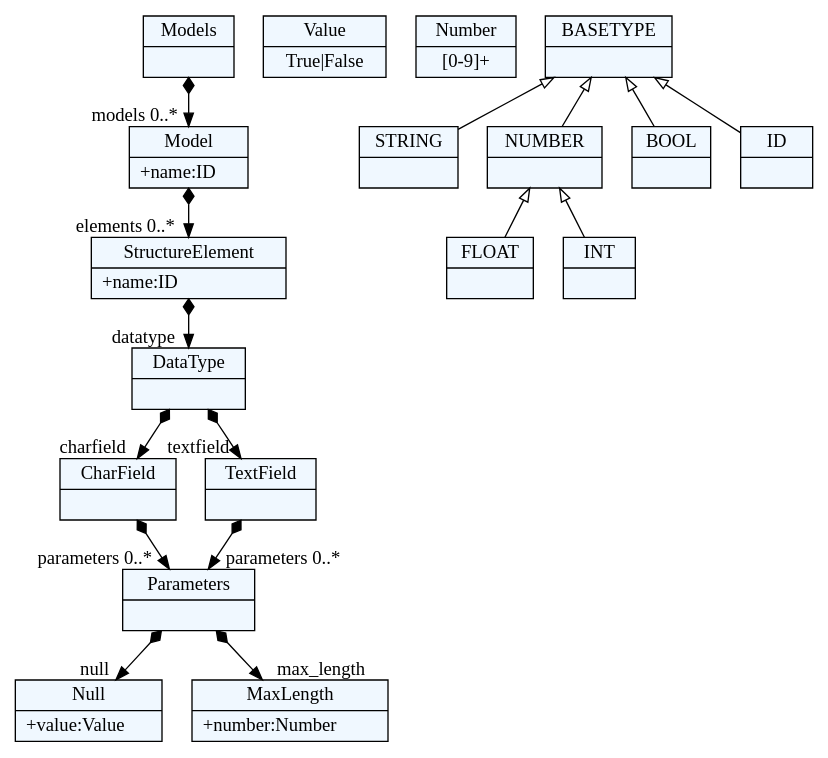
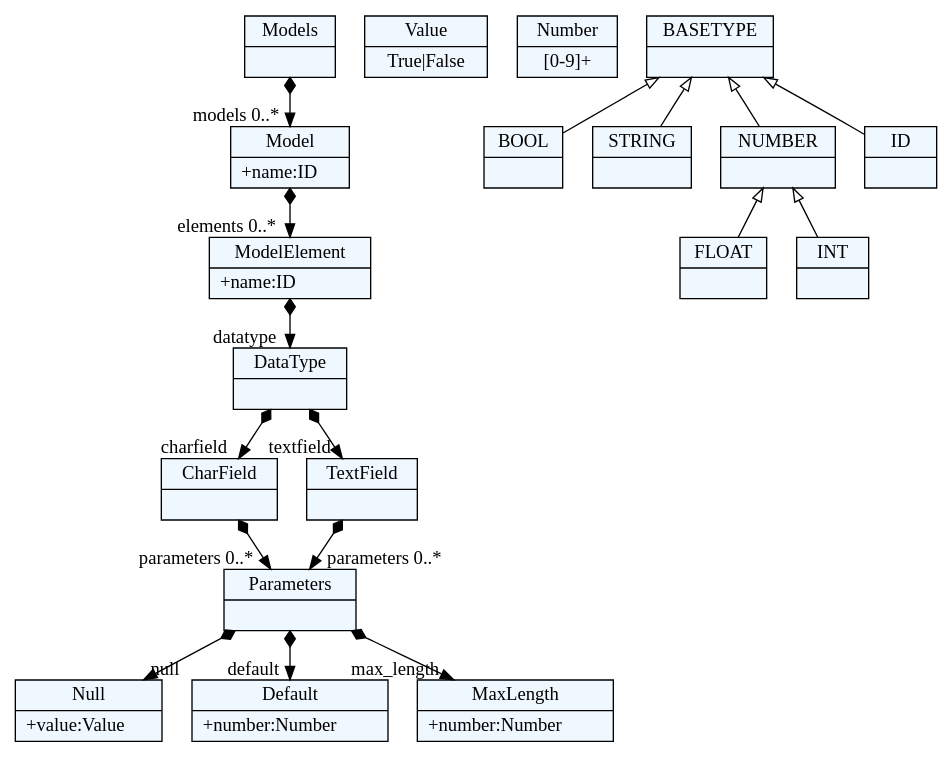
One commit to Booorkoo/JSD changed the diagram in grammer.dot. Above: the diagram before and after it, drawn with Graphviz. The commit also changed 5 other files, not shown here.

```diff
--- a/grammer.dot
+++ b/grammer.dot
@@ -1,66 +1,69 @@
 
     digraph xtext {
     fontname = "Bitstream Vera Sans"
     fontsize = 8
     node[
         shape=record,
         style=filled,
         fillcolor=aliceblue
     ]
     nodesep = 0.3
     edge[dir=black,arrowtail=empty]
 
 
-2955620123768[ label="{Null|+value:Value\l}"]
+2771101249064[ label="{Null|+value:Value\l}"]
 
-2955620112440 -> 2955620131320[arrowtail=diamond, dir=both, headlabel="max_length "]
-2955620112440 -> 2955620123768[arrowtail=diamond, dir=both, headlabel="null "]
-2955620112440[ label="{Parameters|}"]
+2771101233016 -> 2771101221688[arrowtail=diamond, dir=both, headlabel="datatype "]
+2771101233016[ label="{ModelElement|+name:ID\l}"]
 
-2955620105832 -> 2955620120936[arrowtail=diamond, dir=both, headlabel="datatype "]
-2955620105832[ label="{StructureElement|+name:ID\l}"]
+2771101258504[ label="{Value|True\|False}"]
 
-2955618457256 -> 2955620105832[arrowtail=diamond, dir=both, headlabel="elements 0..*"]
-2955618457256[ label="{Model|+name:ID\l}"]
+2771101246232 -> 2771101222632[arrowtail=diamond, dir=both, headlabel="models 0..*"]
+2771101246232[ label="{Models|}"]
 
-2955620124712[ label="{Value|True\|False}"]
+2771101245288 -> 2771101236792[arrowtail=diamond, dir=both, headlabel="parameters 0..*"]
+2771101245288[ label="{CharField|}"]
 
-2955620131320[ label="{MaxLength|+number:Number\l}"]
+2771101240568[ label="{Default|+number:Number\l}"]
 
-2955620116216 -> 2955620112440[arrowtail=diamond, dir=both, headlabel="parameters 0..*"]
-2955620116216[ label="{CharField|}"]
+2771101247176[ label="{MaxLength|+number:Number\l}"]
 
-2955620130376[ label="{Number|[0-9]+}"]
+2771101253784 -> 2771101236792[arrowtail=diamond, dir=both, headlabel="parameters 0..*"]
+2771101253784[ label="{TextField|}"]
 
-2955620106776 -> 2955620112440[arrowtail=diamond, dir=both, headlabel="parameters 0..*"]
-2955620106776[ label="{TextField|}"]
+2771101236792 -> 2771101247176[arrowtail=diamond, dir=both, headlabel="max_length "]
+2771101236792 -> 2771101249064[arrowtail=diamond, dir=both, headlabel="null "]
+2771101236792 -> 2771101240568[arrowtail=diamond, dir=both, headlabel="default "]
+2771101236792[ label="{Parameters|}"]
 
-2955620120936 -> 2955620116216[arrowtail=diamond, dir=both, headlabel="charfield "]
-2955620120936 -> 2955620106776[arrowtail=diamond, dir=both, headlabel="textfield "]
-2955620120936[ label="{DataType|}"]
+2771101222632 -> 2771101233016[arrowtail=diamond, dir=both, headlabel="elements 0..*"]
+2771101222632[ label="{Model|+name:ID\l}"]
 
-2955619135160 -> 2955618457256[arrowtail=diamond, dir=both, headlabel="models 0..*"]
-2955619135160[ label="{Models|}"]
+2771101248120[ label="{Number|[0-9]+}"]
 
-2955619129496[ label="{STRING|}"]
+2771101221688 -> 2771101245288[arrowtail=diamond, dir=both, headlabel="charfield "]
+2771101221688 -> 2771101253784[arrowtail=diamond, dir=both, headlabel="textfield "]
+2771101221688[ label="{DataType|}"]
 
-2955619134216[ label="{BASETYPE|}"]
-2955619134216 -> 2955619133272 [dir=back]
-2955619134216 -> 2955619130440 [dir=back]
-2955619134216 -> 2955619128552 [dir=back]
-2955619134216 -> 2955619129496 [dir=back]
+2771101244344[ label="{BOOL|}"]
 
-2955619133272[ label="{NUMBER|}"]
-2955619133272 -> 2955619131384 [dir=back]
-2955619133272 -> 2955619132328 [dir=back]
+2771101223576[ label="{STRING|}"]
 
-2955619130440[ label="{BOOL|}"]
+2771101252840[ label="{BASETYPE|}"]
+2771101252840 -> 2771101232072 [dir=back]
+2771101252840 -> 2771101244344 [dir=back]
+2771101252840 -> 2771101235848 [dir=back]
+2771101252840 -> 2771101223576 [dir=back]
 
-2955619131384[ label="{FLOAT|}"]
+2771101237736[ label="{FLOAT|}"]
 
-2955619128552[ label="{ID|}"]
+2771101235848[ label="{ID|}"]
 
-2955619132328[ label="{INT|}"]
+2771101225464[ label="{INT|}"]
+
+2771101232072[ label="{NUMBER|}"]
+2771101232072 -> 2771101237736 [dir=back]
+2771101232072 -> 2771101225464 [dir=back]
 
 
 }
```
